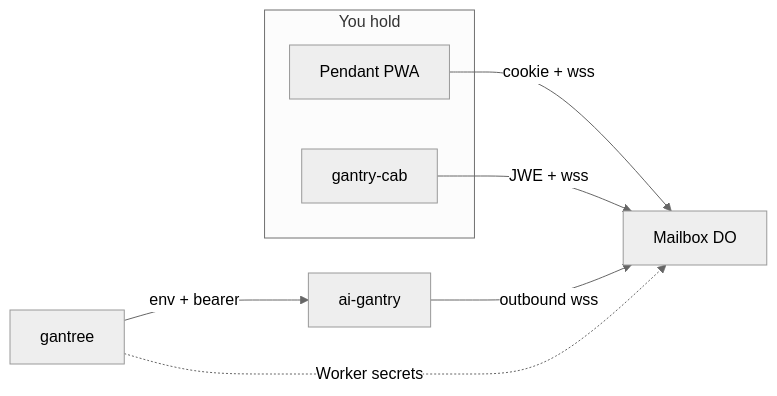
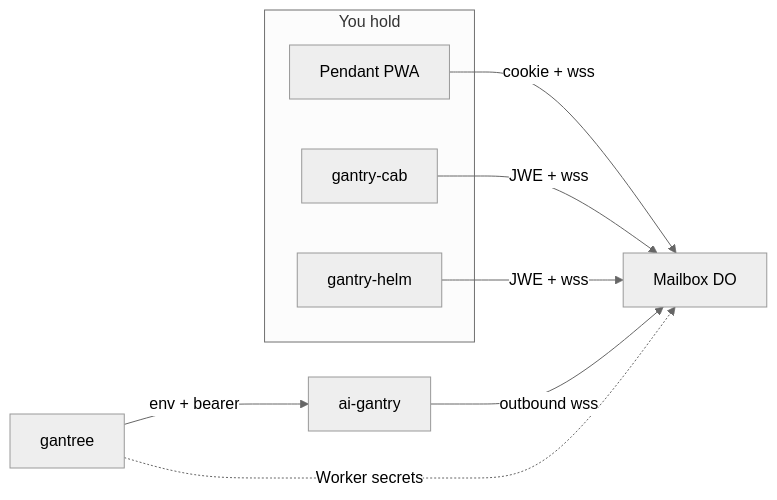
The diagram in README.md (shotah/gantry-pendant), drawn with Mermaid (neutral theme) before and after one commit. The commit also changed other lines of this file and 12 other files, not shown here.

````diff
--- a/README.md
+++ b/README.md
@@ -64,15 +65,17 @@
 ```mermaid
 flowchart LR
   subgraph you ["You hold"]
     PWA["Pendant PWA"]
     Cab["gantry-cab"]
+    Helm["gantry-helm"]
   end
   DO["Mailbox DO"]
   Crane["ai-gantry"]
   Yard["gantree"]
   PWA -->|"cookie + wss"| DO
   Cab -->|"JWE + wss"| DO
+  Helm -->|"JWE + wss"| DO
   Crane -->|"outbound wss"| DO
   Yard -->|"env + bearer"| Crane
   Yard -.->|"Worker secrets"| DO
 ```
````
